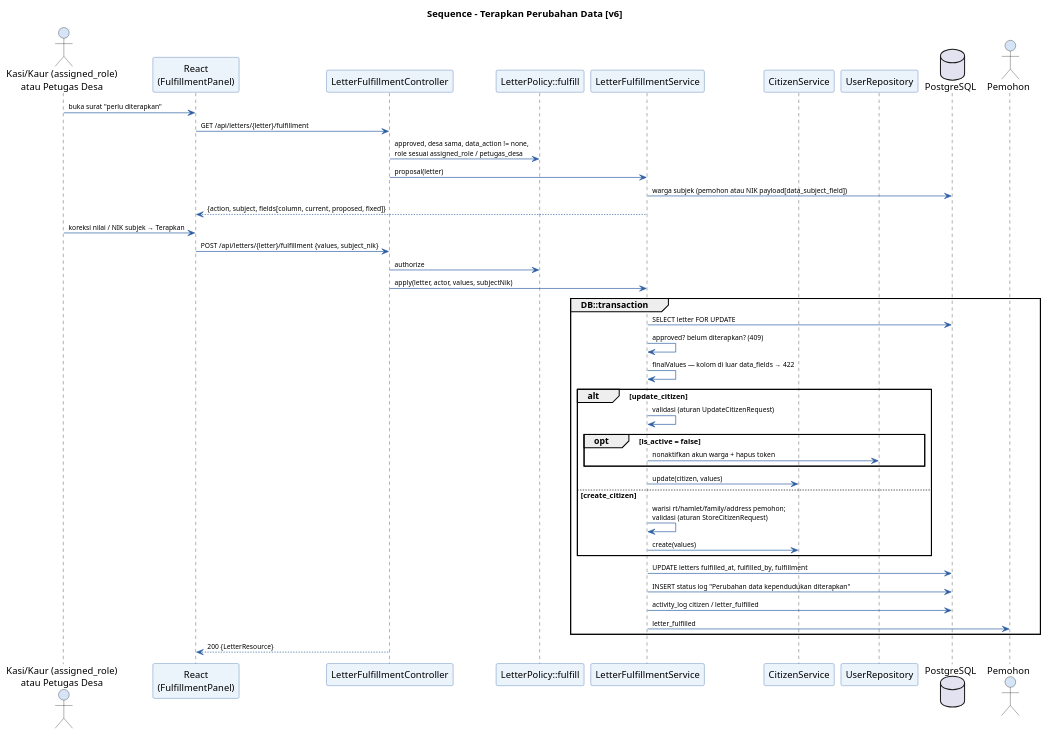
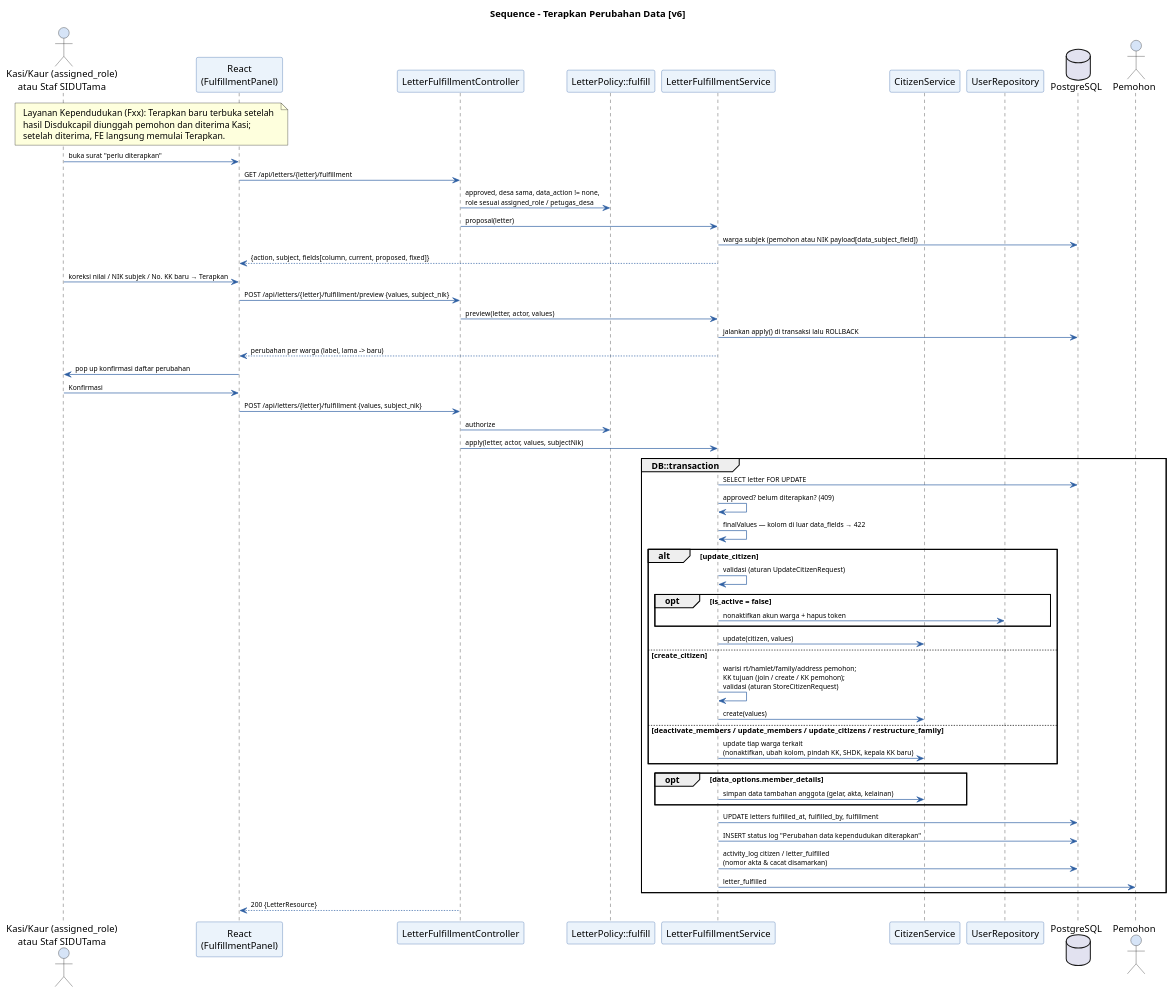
The diagram in docs/diagram/code/sequence/07_Sequence_TerapkanPerubahanData_v6.puml (Vextronode/sid-app), drawn with PlantUML before and after one commit. The commit also changed 458 other files, not shown here.

```diff
--- a/docs/diagram/code/sequence/07_Sequence_TerapkanPerubahanData_v6.puml
+++ b/docs/diagram/code/sequence/07_Sequence_TerapkanPerubahanData_v6.puml
@@ -9,55 +9,71 @@
 @startuml Sequence_Terapkan_v6
 skinparam backgroundColor #FFFFFF
 skinparam sequence {
   ParticipantBackgroundColor #EBF3FB
   ParticipantBorderColor #2E5FA3
   ActorBackgroundColor #D6E4F7
   ArrowColor #2E5FA3
   ArrowFontSize 10
   NoteBackgroundColor #FFF9C4
   NoteBorderColor #F9A825
 }
 title Sequence - Terapkan Perubahan Data [v6]
 
-actor "Kasi/Kaur (assigned_role)\natau Petugas Desa" as K
+actor "Kasi/Kaur (assigned_role)\natau Staf SIDUTama" as K
 participant "React\n(FulfillmentPanel)" as FE
 participant "LetterFulfillmentController" as CTRL
 participant "LetterPolicy::fulfill" as POL
 participant "LetterFulfillmentService" as SVC
 participant "CitizenService" as CIT
 participant "UserRepository" as UREPO
 database "PostgreSQL" as DB
 actor "Pemohon" as P
 
+note over K, FE
+  Layanan Kependudukan (Fxx): Terapkan baru terbuka setelah
+  hasil Disdukcapil diunggah pemohon dan diterima Kasi;
+  setelah diterima, FE langsung memulai Terapkan.
+end note
 K -> FE : buka surat "perlu diterapkan"
 FE -> CTRL : GET /api/letters/{letter}/fulfillment
 CTRL -> POL : approved, desa sama, data_action != none,\nrole sesuai assigned_role / petugas_desa
 CTRL -> SVC : proposal(letter)
 SVC -> DB : warga subjek (pemohon atau NIK payload[data_subject_field])
 SVC --> FE : {action, subject, fields[column, current, proposed, fixed]}
 
-K -> FE : koreksi nilai / NIK subjek → Terapkan
+K -> FE : koreksi nilai / NIK subjek / No. KK baru → Terapkan
+FE -> CTRL : POST /api/letters/{letter}/fulfillment/preview {values, subject_nik}
+CTRL -> SVC : preview(letter, actor, values)
+SVC -> DB : jalankan apply() di transaksi lalu ROLLBACK
+SVC --> FE : perubahan per warga (label, lama -> baru)
+FE -> K : pop up konfirmasi daftar perubahan
+K -> FE : Konfirmasi
 FE -> CTRL : POST /api/letters/{letter}/fulfillment {values, subject_nik}
 CTRL -> POL : authorize
 CTRL -> SVC : apply(letter, actor, values, subjectNik)
 group DB::transaction
   SVC -> DB : SELECT letter FOR UPDATE
   SVC -> SVC : approved? belum diterapkan? (409)
   SVC -> SVC : finalValues — kolom di luar data_fields → 422
   alt update_citizen
     SVC -> SVC : validasi (aturan UpdateCitizenRequest)
     opt is_active = false
       SVC -> UREPO : nonaktifkan akun warga + hapus token
     end
     SVC -> CIT : update(citizen, values)
   else create_citizen
-    SVC -> SVC : warisi rt/hamlet/family/address pemohon;\nvalidasi (aturan StoreCitizenRequest)
+    SVC -> SVC : warisi rt/hamlet/family/address pemohon;\nKK tujuan (join / create / KK pemohon);\nvalidasi (aturan StoreCitizenRequest)
     SVC -> CIT : create(values)
+  else deactivate_members / update_members / update_citizens / restructure_family
+    SVC -> CIT : update tiap warga terkait\n(nonaktifkan, ubah kolom, pindah KK, SHDK, kepala KK baru)
+  end
+  opt data_options.member_details
+    SVC -> CIT : simpan data tambahan anggota (gelar, akta, kelainan)
   end
   SVC -> DB : UPDATE letters fulfilled_at, fulfilled_by, fulfillment
   SVC -> DB : INSERT status log "Perubahan data kependudukan diterapkan"
-  SVC -> DB : activity_log citizen / letter_fulfilled
+  SVC -> DB : activity_log citizen / letter_fulfilled\n(nomor akta & cacat disamarkan)
   SVC -> P : letter_fulfilled
 end
 CTRL --> FE : 200 {LetterResource}
 @enduml
```
